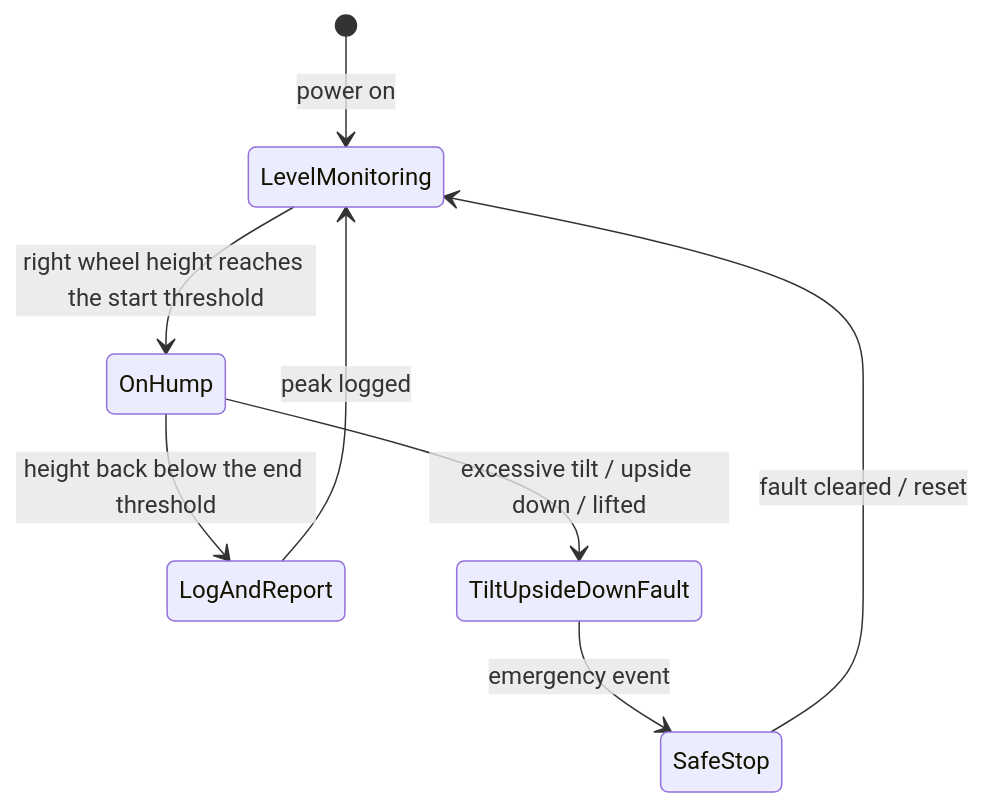
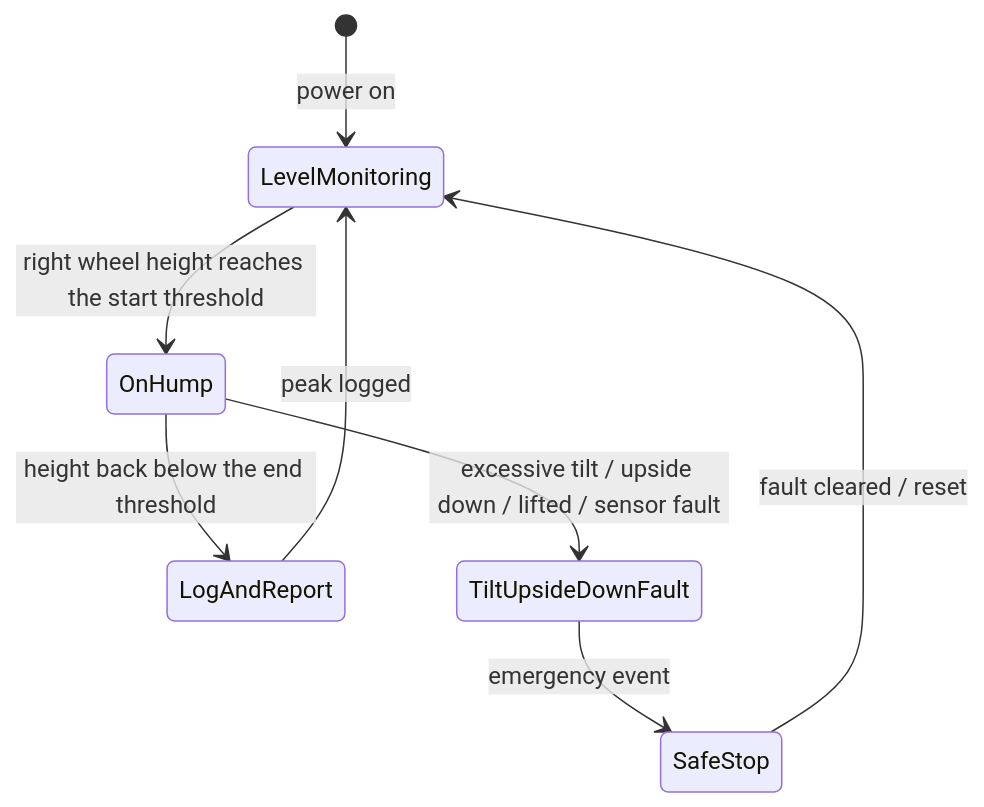
The fifth of 5 diagrams in docs/ARCHITECTURE.md (10x-Slackers/INF2004), drawn with Mermaid before and after one commit. The commit also changed other lines of this file and 16 other files, not shown here.

````diff
--- a/docs/ARCHITECTURE.md
+++ b/docs/ARCHITECTURE.md
@@ -220,10 +220,10 @@
 ```mermaid
 stateDiagram-v2
     [*] --> LevelMonitoring: power on
     LevelMonitoring --> OnHump: right wheel height reaches the start threshold
     OnHump --> LogAndReport: height back below the end threshold
     LogAndReport --> LevelMonitoring: peak logged
-    OnHump --> TiltUpsideDownFault: excessive tilt / upside down / lifted
+    OnHump --> TiltUpsideDownFault: excessive tilt / upside down / lifted / sensor fault
     TiltUpsideDownFault --> SafeStop: emergency event
     SafeStop --> LevelMonitoring: fault cleared / reset
 ```
````
